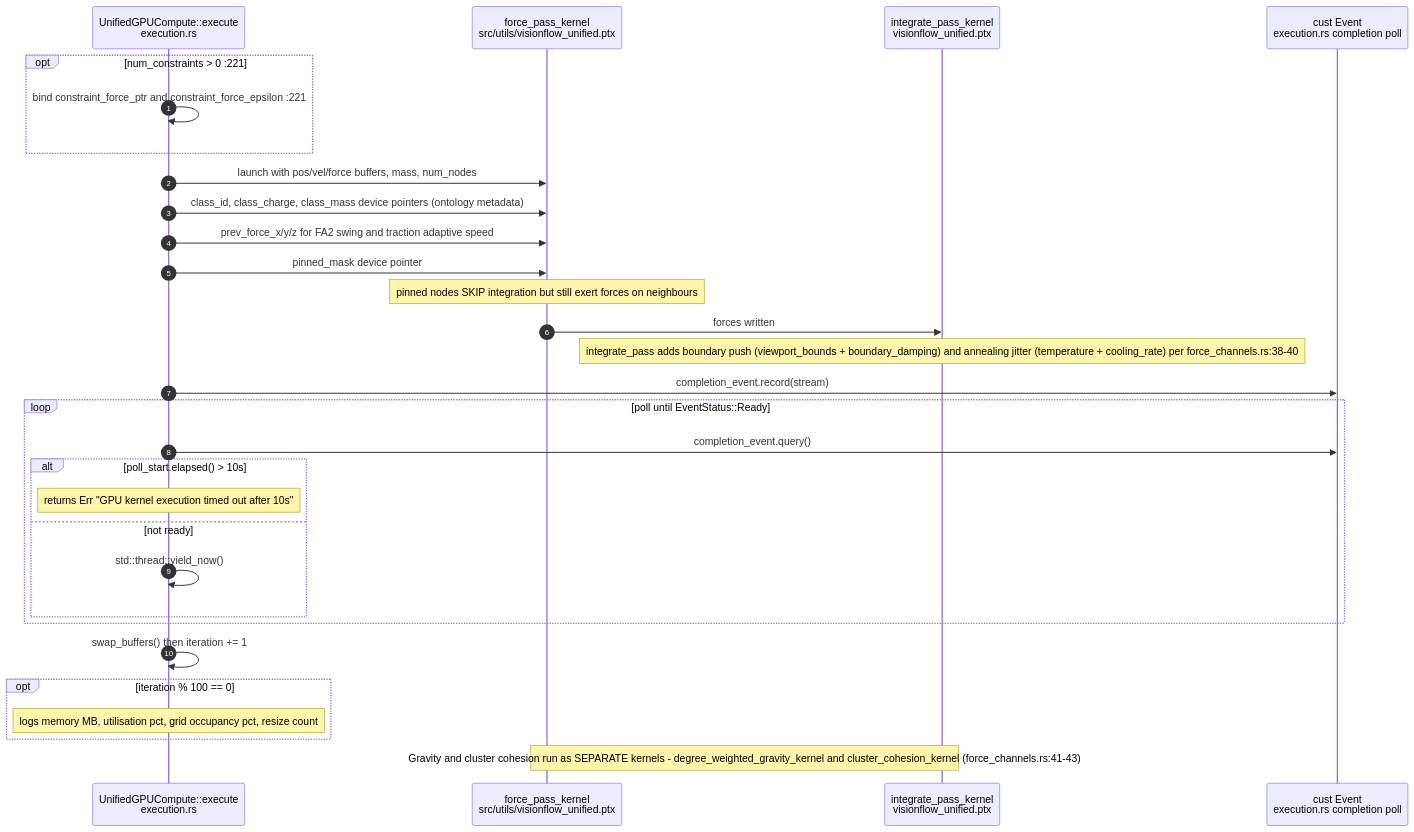
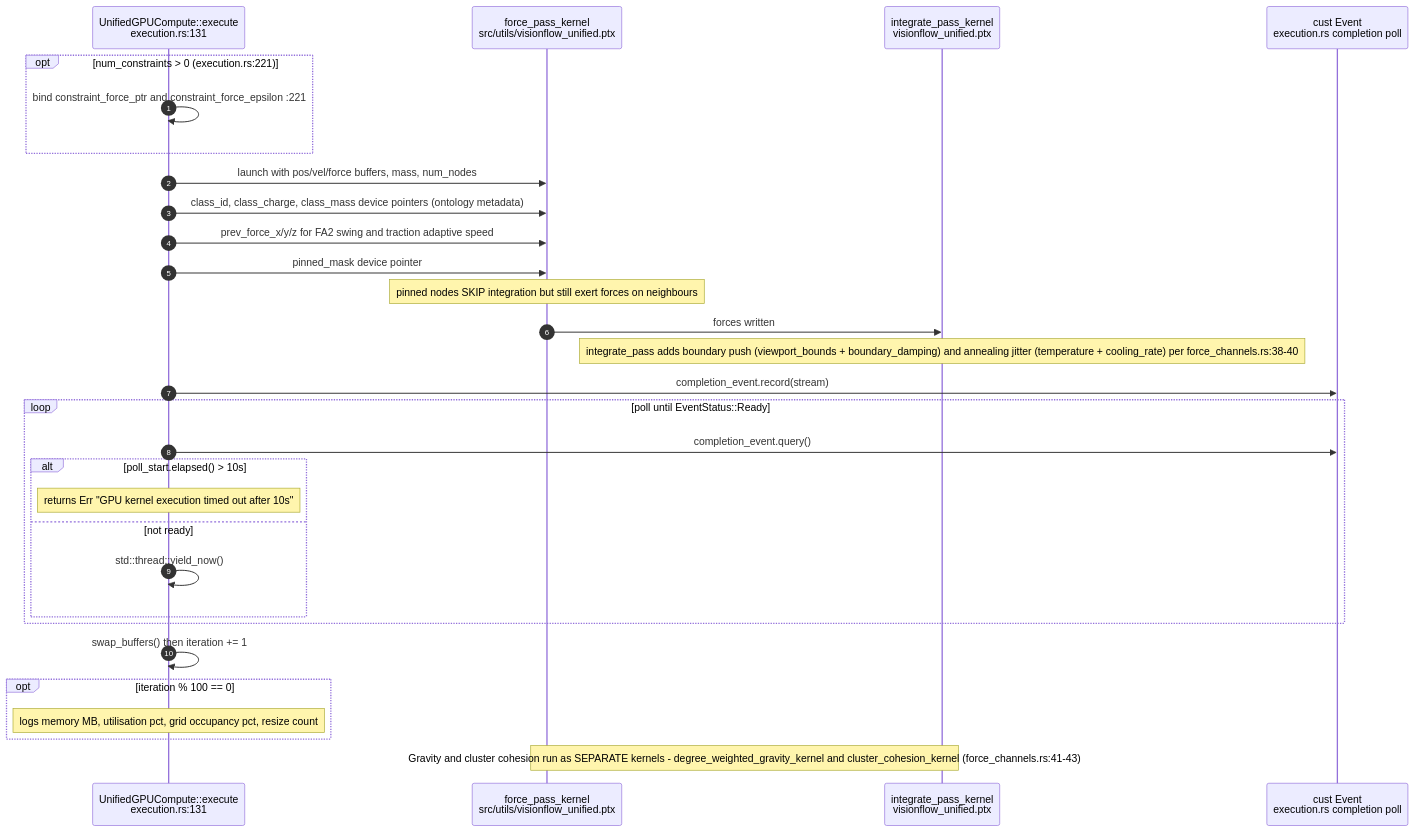
The second of 9 diagrams in docs/diagrams/visionclaw/11-physics-step-and-force-channels.md (DreamLab-AI/VisionFlow), drawn with Mermaid before and after one commit. The commit also changed other lines of this file and 52 other files, not shown here.

First line of the commit message:
docs(diagrams): wave 3 checkpoint — bare line refs resolved, revision-pinned cite-check, VC-05/AB-01..13 re-attested

````diff
--- a/docs/diagrams/visionclaw/11-physics-step-and-force-channels.md
+++ b/docs/diagrams/visionclaw/11-physics-step-and-force-channels.md
@@ -63,33 +63,33 @@
 ```mermaid
 sequenceDiagram
     autonumber
-    participant EX as UnifiedGPUCompute::execute<br/>execution.rs
+    participant EX as UnifiedGPUCompute::execute<br/>execution.rs:131
     participant K1 as force_pass_kernel<br/>src/utils/visionflow_unified.ptx
     participant K2 as integrate_pass_kernel<br/>visionflow_unified.ptx
     participant EV as cust Event<br/>execution.rs completion poll
 
-    opt num_constraints > 0 :221
+    opt num_constraints > 0 (execution.rs:221)
         EX->>EX: bind constraint_force_ptr and constraint_force_epsilon :221
     end
     EX->>K1: launch with pos/vel/force buffers, mass, num_nodes
     EX->>K1: class_id, class_charge, class_mass device pointers (ontology metadata)
     EX->>K1: prev_force_x/y/z for FA2 swing and traction adaptive speed
     EX->>K1: pinned_mask device pointer
     Note over K1: pinned nodes SKIP integration but still exert forces on neighbours
     K1->>K2: forces written
     Note over K2: integrate_pass adds boundary push (viewport_bounds + boundary_damping) and annealing jitter (temperature + cooling_rate) per force_channels.rs:38-40
     EX->>EV: completion_event.record(stream)
     loop poll until EventStatus::Ready
         EX->>EV: completion_event.query()
         alt poll_start.elapsed() > 10s
             Note over EX: returns Err "GPU kernel execution timed out after 10s"
         else not ready
             EX->>EX: std::thread::yield_now()
         end
     end
     EX->>EX: swap_buffers() then iteration += 1
     opt iteration % 100 == 0
         Note over EX: logs memory MB, utilisation pct, grid occupancy pct, resize count
     end
     Note over K1,K2: Gravity and cluster cohesion run as SEPARATE kernels - degree_weighted_gravity_kernel and cluster_cohesion_kernel (force_channels.rs:41-43)
 ```
````
